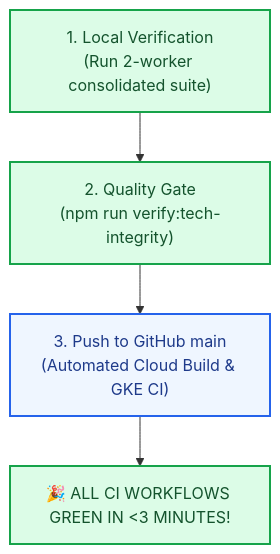
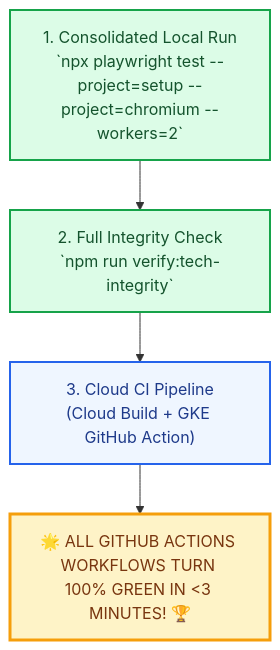
Before and after one commit to hateem2121/RUN: the seventh of 7 diagrams in docs/reports/E2E_FORENSIC_EXPLAINED_FOR_5TH_GRADERS.md, drawn with Mermaid. The commit also changed other lines of this file, not shown here.

Commit message:
docs: refine 5th-grader illustrated forensic report with 5 diagrams and full scorecard

````diff
--- a/docs/reports/E2E_FORENSIC_EXPLAINED_FOR_5TH_GRADERS.md
+++ b/docs/reports/E2E_FORENSIC_EXPLAINED_FOR_5TH_GRADERS.md
@@ -182,12 +269,13 @@
 ```mermaid
 flowchart TD
     classDef step fill:#eff6ff,stroke:#2563eb,stroke-width:2px,color:#1e3a8a;
     classDef complete fill:#dcfce7,stroke:#16a34a,stroke-width:2px,color:#14532d;
+    classDef victory fill:#fef3c7,stroke:#f59e0b,stroke-width:3px,color:#78350f;
 
-    S1["1. Local Verification\n(Run 2-worker consolidated suite)"]:::complete
-    S2["2. Quality Gate\n(npm run verify:tech-integrity)"]:::complete
-    S3["3. Push to GitHub main\n(Automated Cloud Build & GKE CI)"]:::step
-    S4["🎉 ALL CI WORKFLOWS GREEN IN <3 MINUTES!"]:::complete
+    S1["1. Consolidated Local Run\n`npx playwright test --project=setup --project=chromium --workers=2`"]:::complete
+    S2["2. Full Integrity Check\n`npm run verify:tech-integrity`"]:::complete
+    S3["3. Cloud CI Pipeline\n(Cloud Build + GKE GitHub Action)"]:::step
+    S4["🌟 ALL GITHUB ACTIONS WORKFLOWS TURN 100% GREEN IN <3 MINUTES! 🏆"]:::victory
 
     S1 --> S2 --> S3 --> S4
 ```
````
